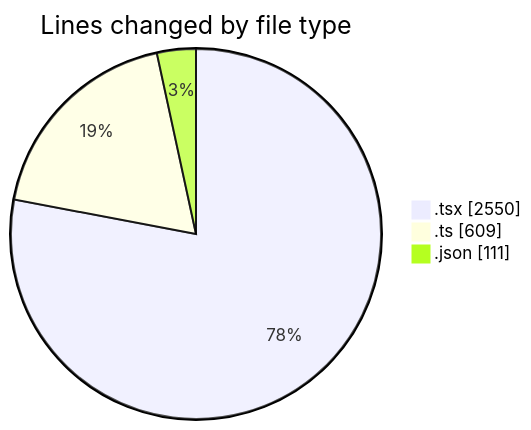
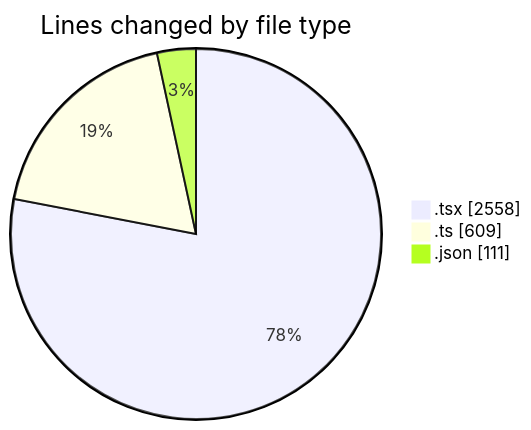
The first of 2 diagrams in 2025-11-08/eventscop-frontend-guide__workspace_/README.md (julien-gomy/code-tracking), drawn with Mermaid before and after one commit. The commit also changed other lines of this file and 1 other file, not shown here.

````diff
--- a/2025-11-08/eventscop-frontend-guide__workspace_/README.md
+++ b/2025-11-08/eventscop-frontend-guide__workspace_/README.md
@@ -42,7 +42,7 @@
 ```mermaid
 pie showData
 title Lines changed by file type
-".tsx" : 2550
+".tsx" : 2558
 ".ts" : 609
 ".json" : 111
 ```
````
